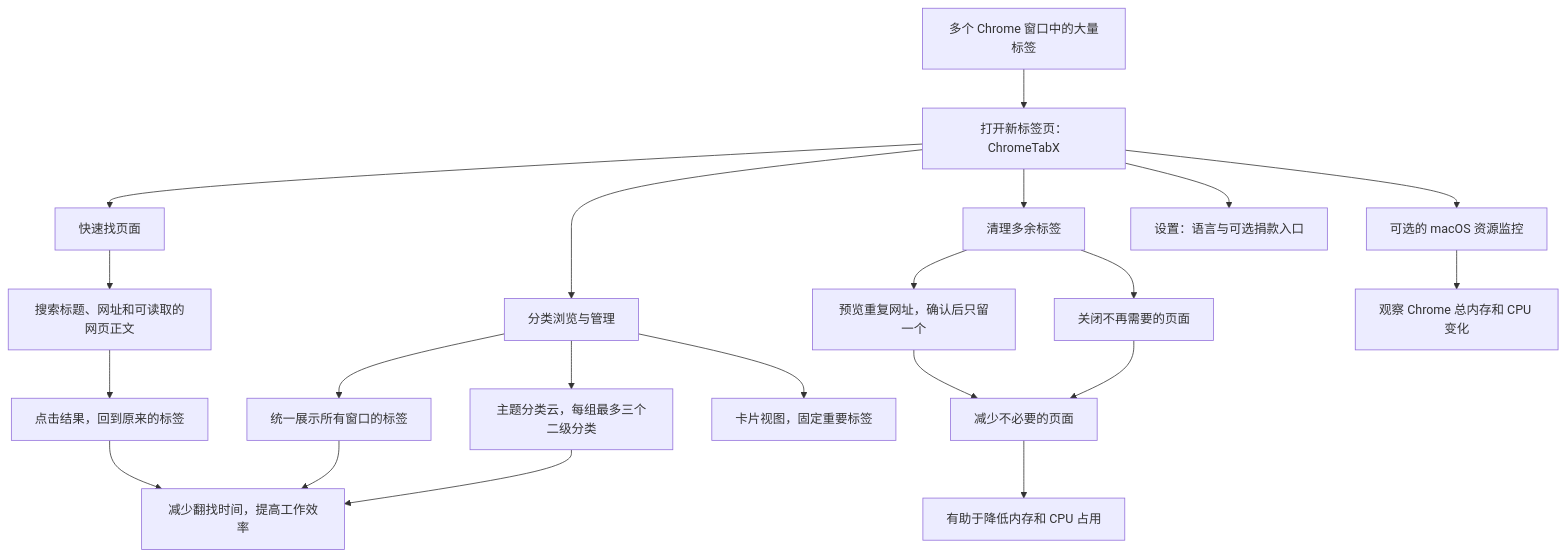
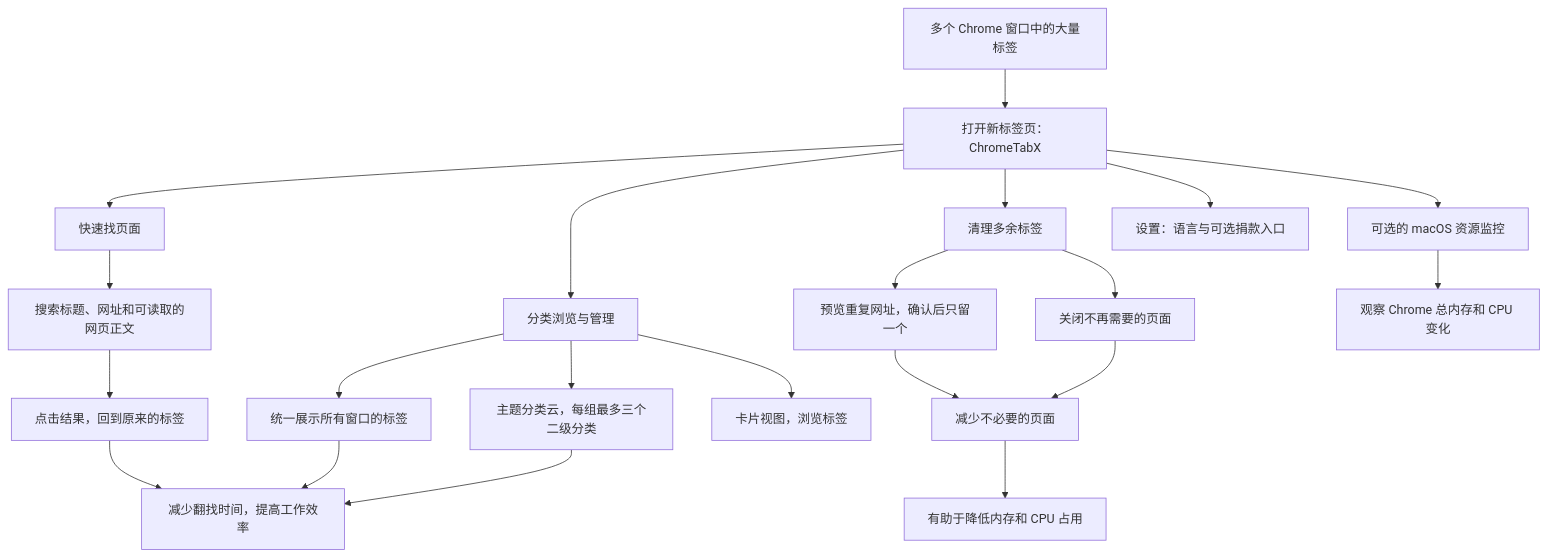
One commit to anzai3/ChromeTabX changed the diagram in README.zh-CN.md. Above: the diagram before and after it, drawn with Mermaid. The commit also changed other lines of this file and 6 other files, not shown here.

````diff
--- a/README.zh-CN.md
+++ b/README.zh-CN.md
@@ -21,23 +21,23 @@
 ```mermaid
 flowchart TD
     A[多个 Chrome 窗口中的大量标签] --> B[打开新标签页：ChromeTabX]
     B --> C[快速找页面]
     B --> D[分类浏览与管理]
     B --> E[清理多余标签]
     C --> C1[搜索标题、网址和可读取的网页正文]
     C1 --> C2[点击结果，回到原来的标签]
     D --> D1[统一展示所有窗口的标签]
     D --> D2[主题分类云，每组最多三个二级分类]
-    D --> D3[卡片视图，固定重要标签]
+    D --> D3[卡片视图，浏览标签]
     E --> E1[预览重复网址，确认后只留一个]
     E --> E2[关闭不再需要的页面]
     C2 --> F[减少翻找时间，提高工作效率]
     D1 --> F
     D2 --> F
     E1 --> G[减少不必要的页面]
     E2 --> G
     G --> H[有助于降低内存和 CPU 占用]
     B --> I[可选的 macOS 资源监控]
     I --> J[观察 Chrome 总内存和 CPU 变化]
     B --> K[设置：语言与可选捐款入口]
 ```
````
